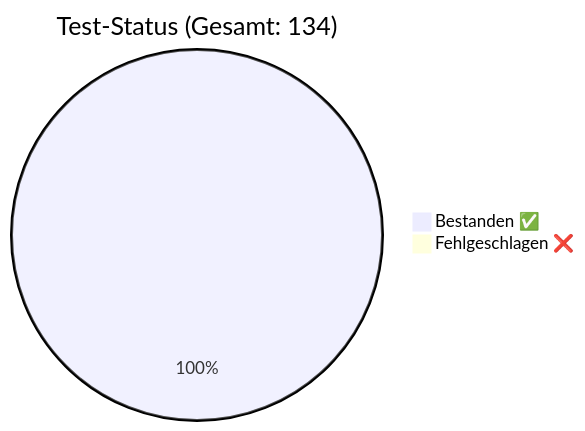
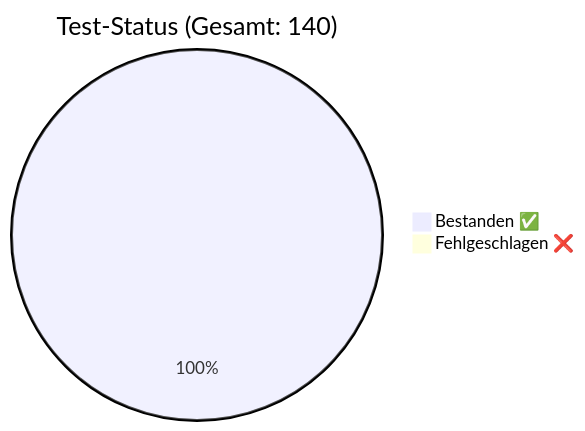
One commit to rorila/GCS changed the diagram in docs/QA_Report.md. Above: the diagram before and after it, drawn with Mermaid. The commit also changed other lines of this file and 8 other files, not shown here.

Commit message:
feat(api): Phase 2 - Sprite-Shortcuts, Schema-API und 7 neue Tests (140/140 grün)

````diff
--- a/docs/QA_Report.md
+++ b/docs/QA_Report.md
@@ -7,5 +7,5 @@
 ```mermaid
-pie title Test-Status (Gesamt: 134)
-    "Bestanden ✅" : 134
+pie title Test-Status (Gesamt: 140)
+    "Bestanden ✅" : 140
     "Fehlgeschlagen ❌" : 0
 ```
````
